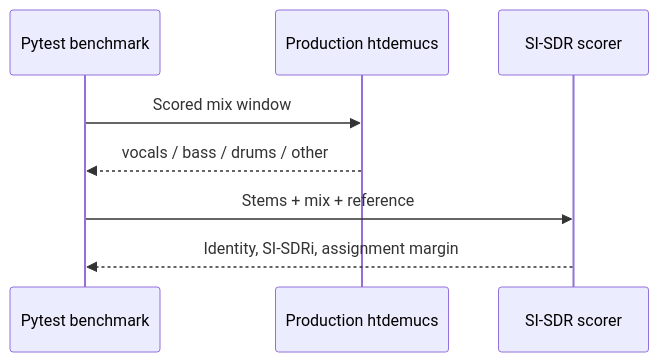
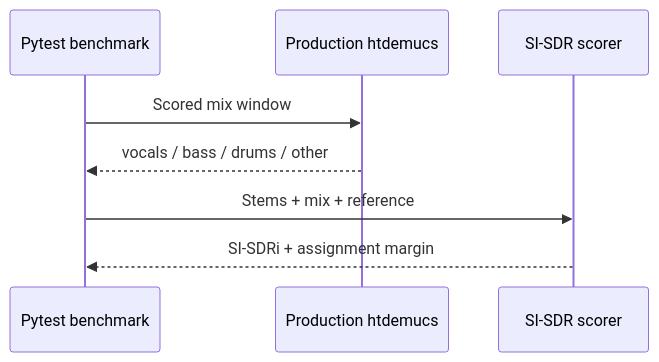
Before and after one commit to ContextualWisdomLab/bandscope: the third of 7 diagrams in docs/architecture/diagrams.md, drawn with Mermaid. The commit also changed other lines of this file and 40 other files, not shown here.

````diff
--- a/docs/architecture/diagrams.md
+++ b/docs/architecture/diagrams.md
@@ -41,10 +43,10 @@
 ```mermaid
 sequenceDiagram
     participant Test as Pytest benchmark
     participant Sep as Production htdemucs
     participant Score as SI-SDR scorer
     Test->>Sep: Scored mix window
     Sep-->>Test: vocals / bass / drums / other
     Test->>Score: Stems + mix + reference
-    Score-->>Test: Identity, SI-SDRi, assignment margin
+    Score-->>Test: SI-SDRi + assignment margin
 ```
````
